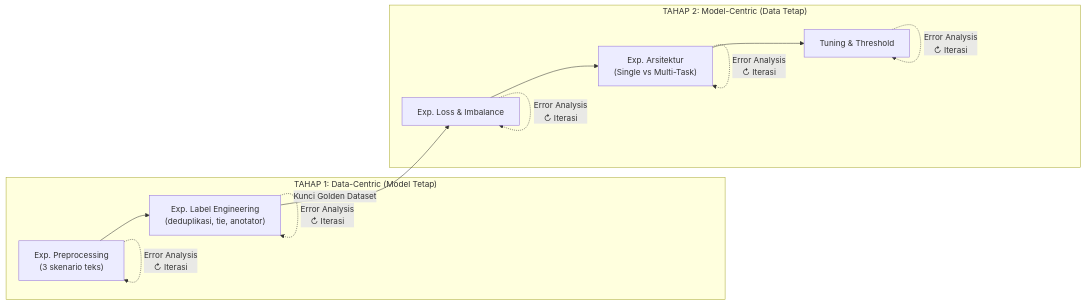
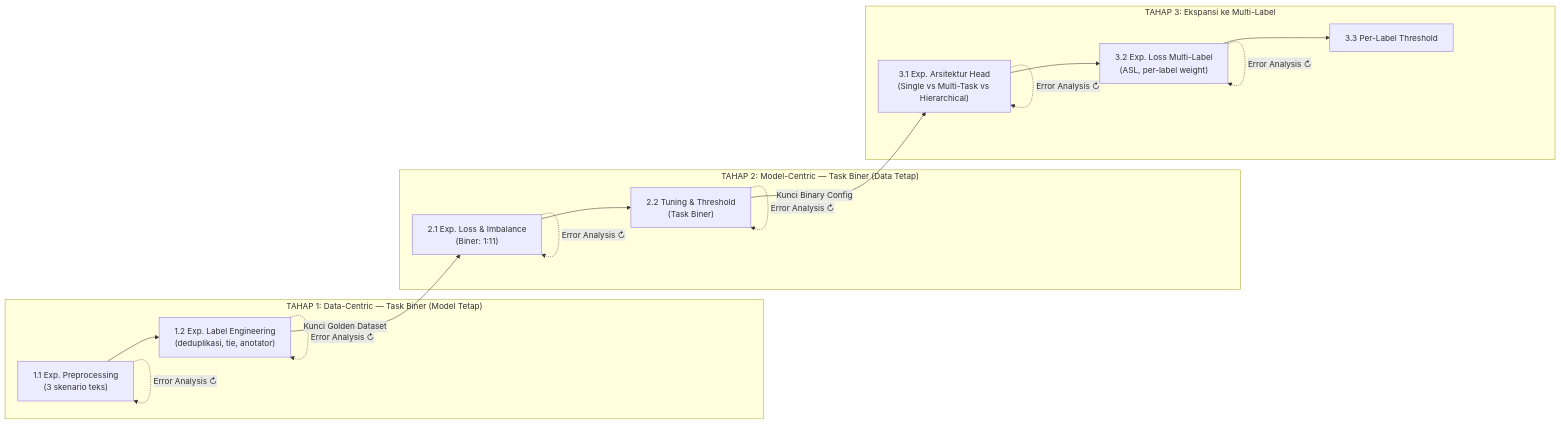
Before and after one commit to Arfiadi/hate-speech-analyzer: the second of 4 diagrams in docs/design_experiment.md, drawn with Mermaid. The commit also changed other lines of this file, not shown here.

Commit message:
docs: update experiment design with 3-phase roadmap and scenario codes

````diff
--- a/docs/design_experiment.md
+++ b/docs/design_experiment.md
@@ -14,19 +43,25 @@
 ```mermaid
 flowchart LR
-    subgraph "TAHAP 1: Data-Centric (Model Tetap)"
-        A["Exp. Preprocessing<br/>(3 skenario teks)"] --> B["Exp. Label Engineering<br/>(deduplikasi, tie, anotator)"]
+    subgraph "TAHAP 1: Data-Centric — Task Biner (Model Tetap)"
+        A["1.1 Exp. Preprocessing<br/>(3 skenario teks)"] --> B["1.2 Exp. Label Engineering<br/>(deduplikasi, tie, anotator)"]
     end
     
-    subgraph "TAHAP 2: Model-Centric (Data Tetap)"
-        C["Exp. Loss & Imbalance"] --> D["Exp. Arsitektur<br/>(Single vs Multi-Task)"]
-        D --> E["Tuning & Threshold"]
+    subgraph "TAHAP 2: Model-Centric — Task Biner (Data Tetap)"
+        C["2.1 Exp. Loss & Imbalance<br/>(Biner: 1:11)"] --> D["2.2 Tuning & Threshold<br/>(Task Biner)"]
+    end
+
+    subgraph "TAHAP 3: Ekspansi ke Multi-Label"
+        E["3.1 Exp. Arsitektur Head<br/>(Single vs Multi-Task vs Hierarchical)"] --> F["3.2 Exp. Loss Multi-Label<br/>(ASL, per-label weight)"]
+        F --> G["3.3 Per-Label Threshold"]
     end
     
     B -- "Kunci Golden Dataset" --> C
+    D -- "Kunci Binary Config" --> E
     
-    A -. "Error Analysis<br/>↻ Iterasi" .-> A
-    B -. "Error Analysis<br/>↻ Iterasi" .-> B
-    C -. "Error Analysis<br/>↻ Iterasi" .-> C
-    D -. "Error Analysis<br/>↻ Iterasi" .-> D
-    E -. "Error Analysis<br/>↻ Iterasi" .-> E
+    A -. "Error Analysis ↻" .-> A
+    B -. "Error Analysis ↻" .-> B
+    C -. "Error Analysis ↻" .-> C
+    D -. "Error Analysis ↻" .-> D
+    E -. "Error Analysis ↻" .-> E
+    F -. "Error Analysis ↻" .-> F
 ```
````
